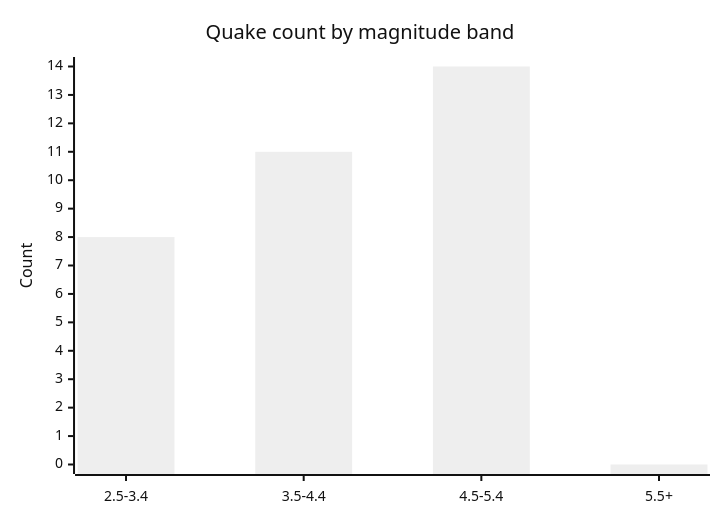
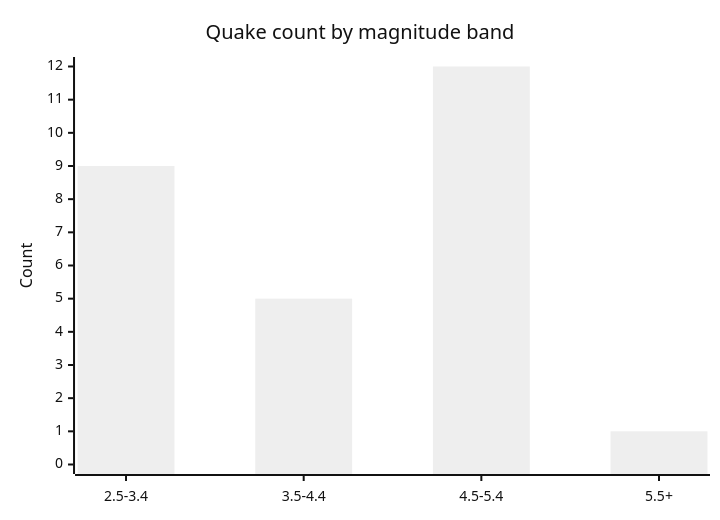
One commit to Midwest-Stratospheric/aerostratospheric-defense-gir changed the fifth of 6 diagrams in docs/GRAPHS.md. Above: the diagram before and after it, drawn with Mermaid (neutral theme). The commit also changed other lines of this file and 23 other files, not shown here.

````diff
--- a/docs/GRAPHS.md
+++ b/docs/GRAPHS.md
@@ -82,7 +82,7 @@
 ```mermaid
 xychart-beta
   title "Quake count by magnitude band"
   x-axis ["2.5-3.4", "3.5-4.4", "4.5-5.4", "5.5+"]
-  y-axis "Count" 0 --> 14
-  bar [8, 11, 14, 0]
+  y-axis "Count" 0 --> 12
+  bar [9, 5, 12, 1]
 ```
````
